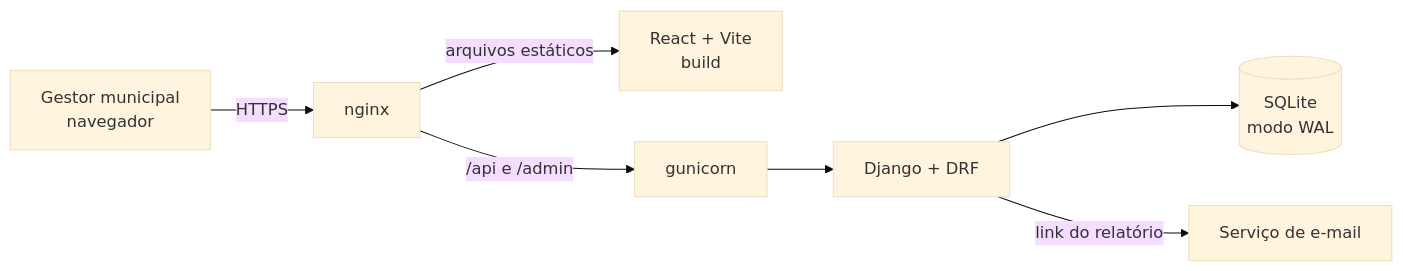
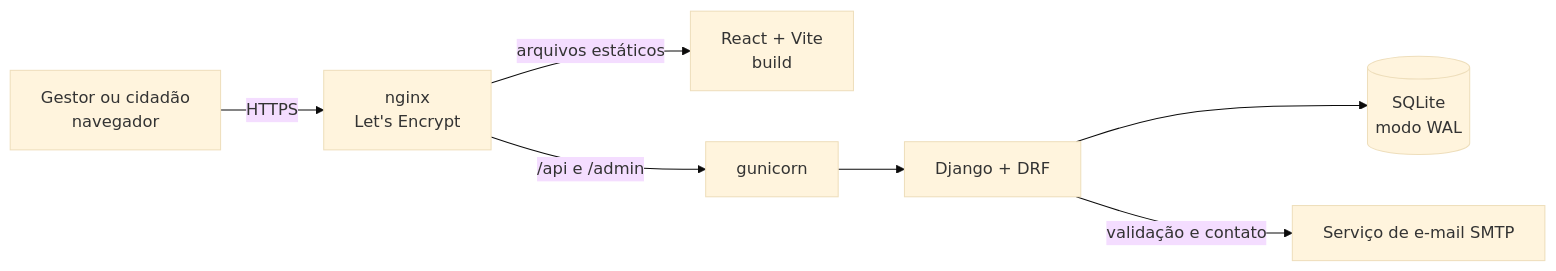
One commit to renatorms/neurodiversicidade-showcase changed the diagram in README.md. Above: the diagram before and after it, drawn with Mermaid (base theme). The commit also changed other lines of this file and 6 other files, not shown here.

Commit message:
docs: update showcase with final questionnaires, citizen flow and new screenshots

````diff
--- a/README.md
+++ b/README.md
@@ -46,9 +65,9 @@
 ```mermaid
 flowchart LR
-    U[Gestor municipal<br/>navegador] -->|HTTPS| N[nginx]
+    U[Gestor ou cidadão<br/>navegador] -->|HTTPS| N[nginx<br/>Let's Encrypt]
     N -->|arquivos estáticos| R[React + Vite<br/>build]
     N -->|/api e /admin| G[gunicorn]
     G --> D[Django + DRF]
     D --> S[(SQLite<br/>modo WAL)]
-    D -->|link do relatório| E[Serviço de e-mail]
+    D -->|validação e contato| E[Serviço de e-mail SMTP]
 ```
````
